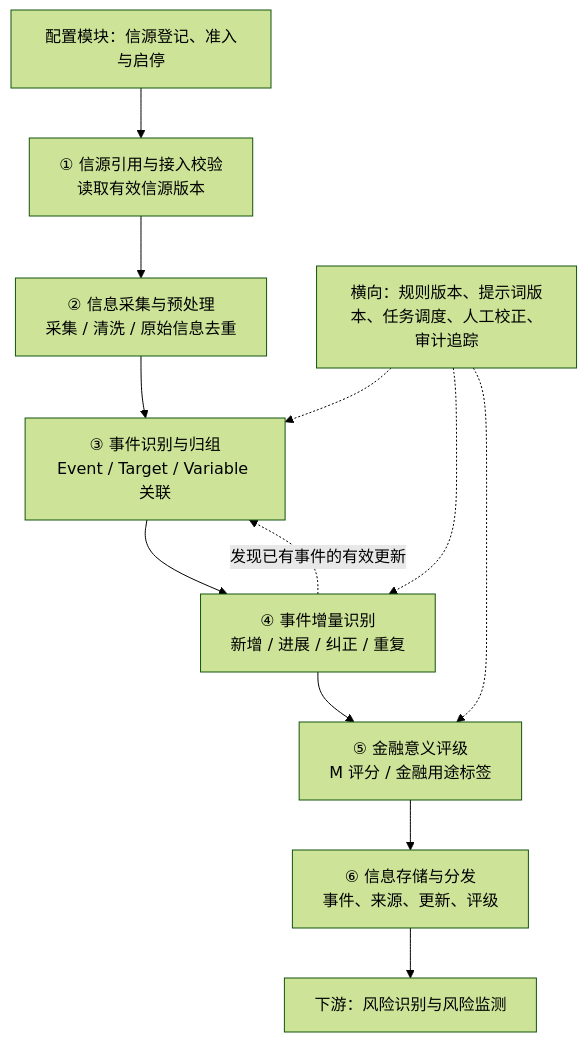
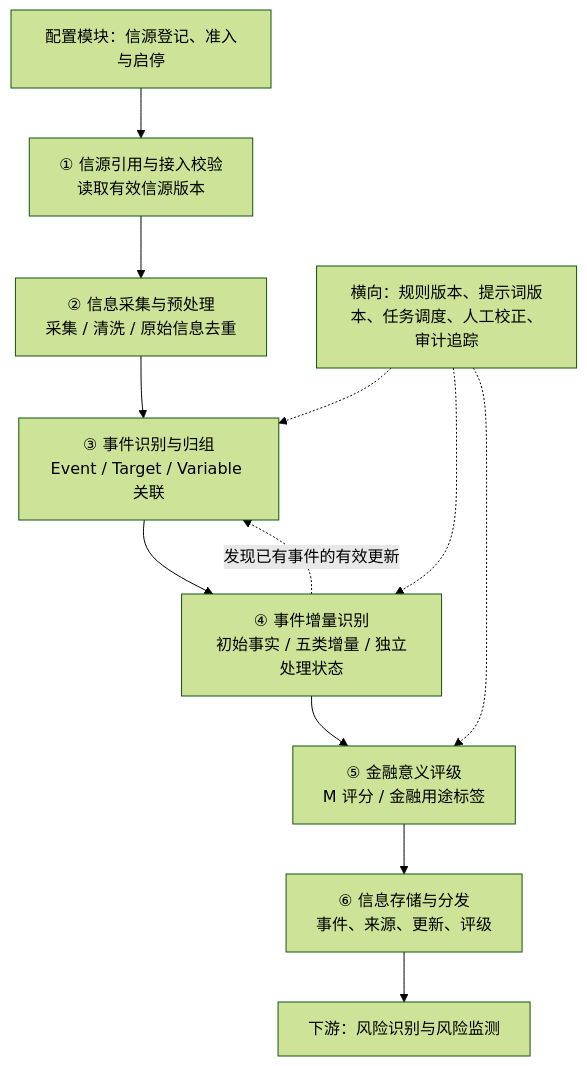
Before and after one commit to caojingwen1996/obsidian_kb: the first of 8 diagrams in tools/RiskHot/docs/system-design/02-业务架构与领域设计/RiskHot_L0_信息处理层_业务架构与领域设计V1.0.md, drawn with Mermaid (forest theme). The commit also changed other lines of this file and 517 other files, not shown here.

````diff
--- a/tools/RiskHot/docs/system-design/02-业务架构与领域设计/RiskHot_L0_信息处理层_业务架构与领域设计V1.0.md
+++ b/tools/RiskHot/docs/system-design/02-业务架构与领域设计/RiskHot_L0_信息处理层_业务架构与领域设计V1.0.md
@@ -104,16 +121,16 @@
 ```mermaid
 flowchart TB
     CFG["配置模块：信源登记、准入与启停"] --> A
     A["① 信源引用与接入校验<br/>读取有效信源版本"]
     B["② 信息采集与预处理<br/>采集 / 清洗 / 原始信息去重"]
     C["③ 事件识别与归组<br/>Event / Target / Variable 关联"]
-    D["④ 事件增量识别<br/>新增 / 进展 / 纠正 / 重复"]
+    D["④ 事件增量识别<br/>初始事实 / 五类增量 / 独立处理状态"]
     E["⑤ 金融意义评级<br/>M 评分 / 金融用途标签"]
     F["⑥ 信息存储与分发<br/>事件、来源、更新、评级"]
     G["下游：风险识别与风险监测"]
     A --> B --> C --> D --> E --> F --> G
     D -. 发现已有事件的有效更新 .-> C
     R["横向：规则版本、提示词版本、任务调度、人工校正、审计追踪"] -.-> C
     R -.-> D
     R -.-> E
 ```
````
